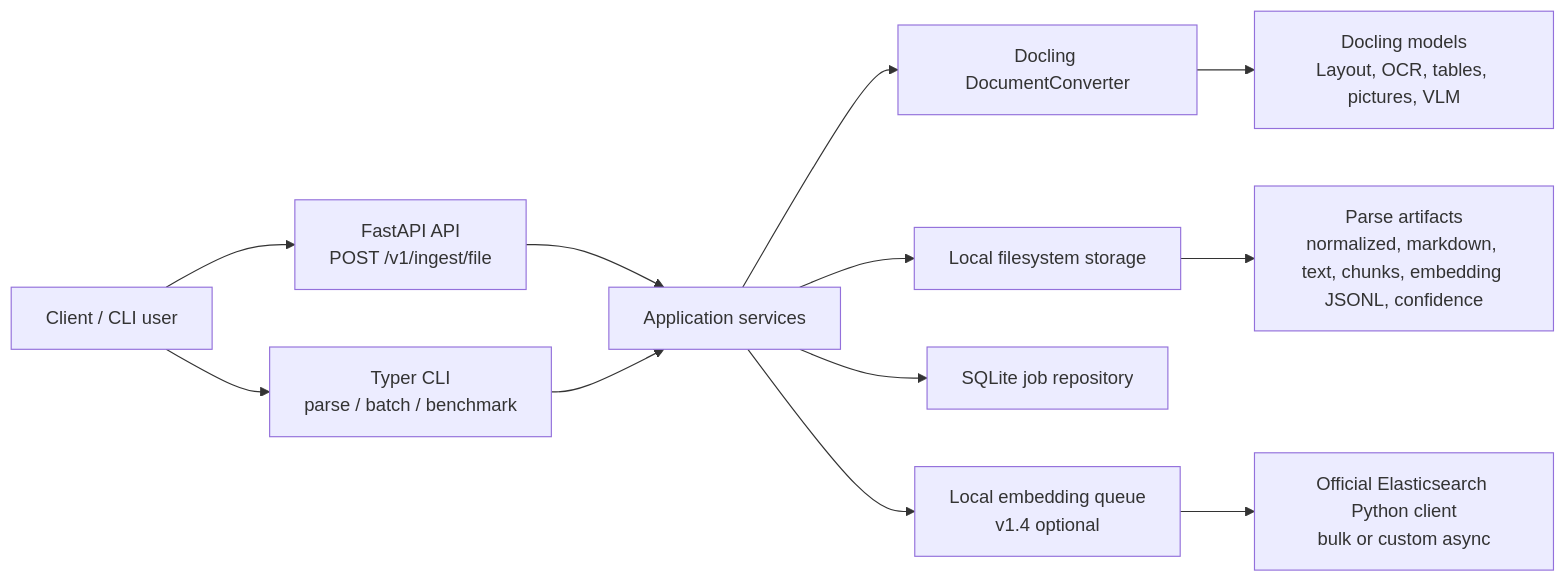
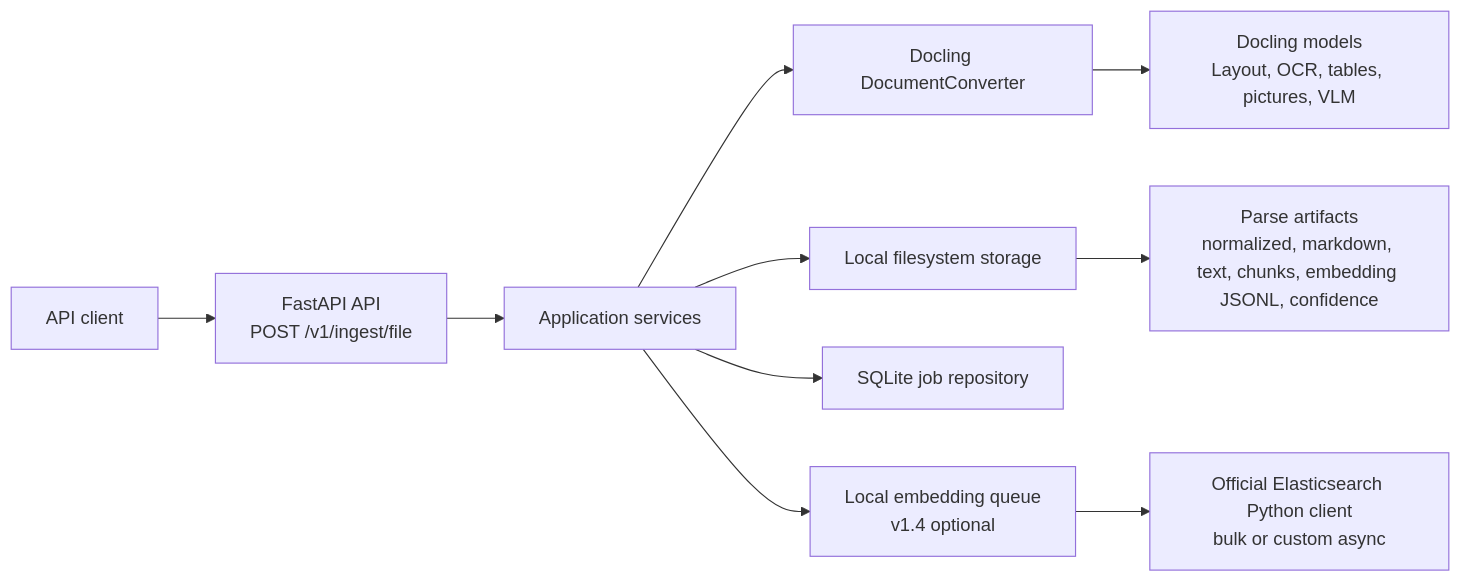
The first of 7 diagrams in docs/architecture-diagram.md (alrolo3/ingest-orquestator-service), drawn with Mermaid before and after one commit. The commit also changed other lines of this file and 48 other files, not shown here.

````diff
--- a/docs/architecture-diagram.md
+++ b/docs/architecture-diagram.md
@@ -7,17 +7,15 @@
 ```mermaid
 flowchart LR
-    User["Client / CLI user"] --> API["FastAPI API<br/>POST /v1/ingest/file"]
-    User --> CLI["Typer CLI<br/>parse / batch / benchmark"]
+    User["API client"] --> API["FastAPI API<br/>POST /v1/ingest/file"]
 
     API --> App["Application services"]
-    CLI --> App
 
     App --> Docling["Docling DocumentConverter"]
     App --> Storage["Local filesystem storage"]
     App --> Jobs["SQLite job repository"]
     App --> Queue["Local embedding queue<br/>v1.4 optional"]
     Queue --> Elastic["Official Elasticsearch Python client<br/>bulk or custom async"]
 
     Docling --> Models["Docling models<br/>Layout, OCR, tables, pictures, VLM"]
     Storage --> Outputs["Parse artifacts<br/>normalized, markdown, text, chunks, embedding JSONL, confidence"]
 ```
````
